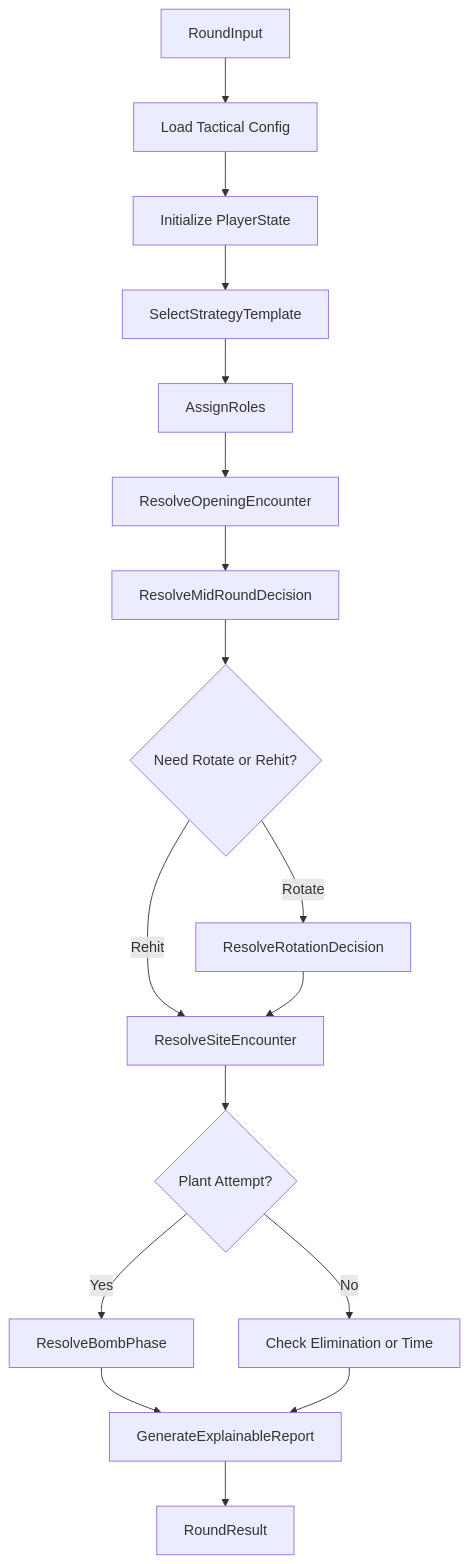
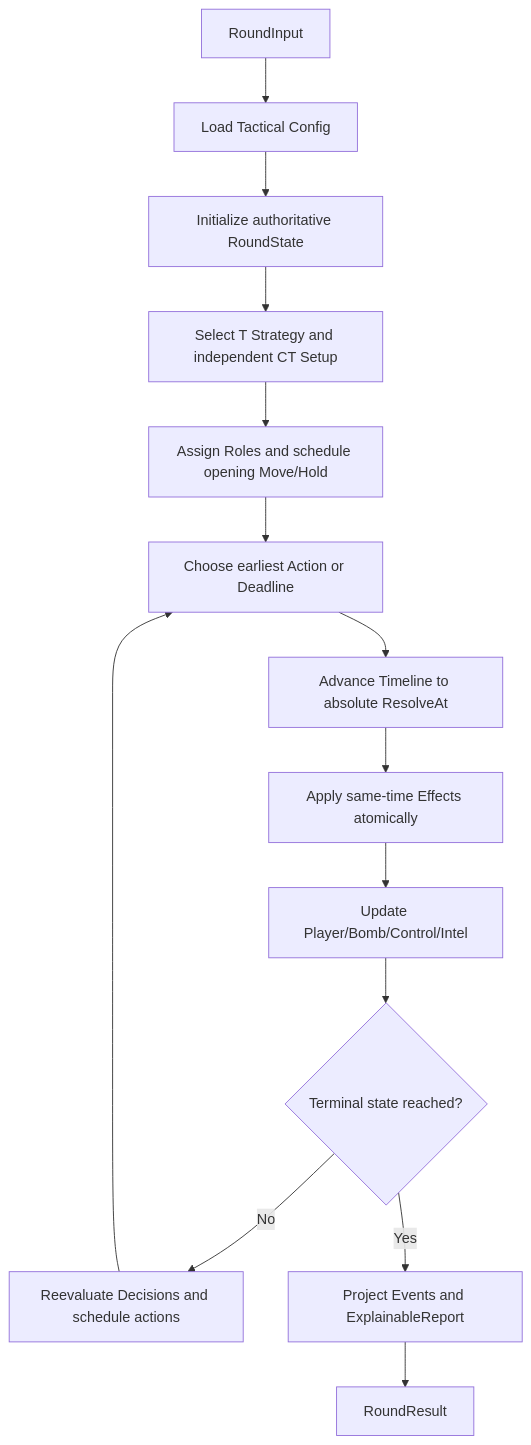
The second of 2 diagrams in doc/simuMatchDesign.md (jonathanlin768/CS2Match-Nakama), drawn with Mermaid before and after one commit. The commit also changed other lines of this file and 146 other files, not shown here.

````diff
--- a/doc/simuMatchDesign.md
+++ b/doc/simuMatchDesign.md
@@ -1450,19 +1495,16 @@
 ```mermaid
 flowchart TD
     A["RoundInput"] --> B["Load Tactical Config"]
-    B --> C["Initialize PlayerState"]
-    C --> D["SelectStrategyTemplate"]
-    D --> E["AssignRoles"]
-    E --> F["ResolveOpeningEncounter"]
-    F --> G["ResolveMidRoundDecision"]
-    G --> H{"Need Rotate or Rehit?"}
-    H -->|Rotate| I["ResolveRotationDecision"]
-    H -->|Rehit| J["ResolveSiteEncounter"]
-    I --> J
-    J --> K{"Plant Attempt?"}
-    K -->|Yes| L["ResolveBombPhase"]
-    K -->|No| M["Check Elimination or Time"]
-    L --> N["GenerateExplainableReport"]
-    M --> N
-    N --> O["RoundResult"]
+    B --> C["Initialize authoritative RoundState"]
+    C --> D["Select T Strategy and independent CT Setup"]
+    D --> E["Assign Roles and schedule opening Move/Hold"]
+    E --> F["Choose earliest Action or Deadline"]
+    F --> G["Advance Timeline to absolute ResolveAt"]
+    G --> H["Apply same-time Effects atomically"]
+    H --> I["Update Player/Bomb/Control/Intel"]
+    I --> J{"Terminal state reached?"}
+    J -->|No| K["Reevaluate Decisions and schedule actions"]
+    K --> F
+    J -->|Yes| L["Project Events and ExplainableReport"]
+    L --> M["RoundResult"]
 ```
````
